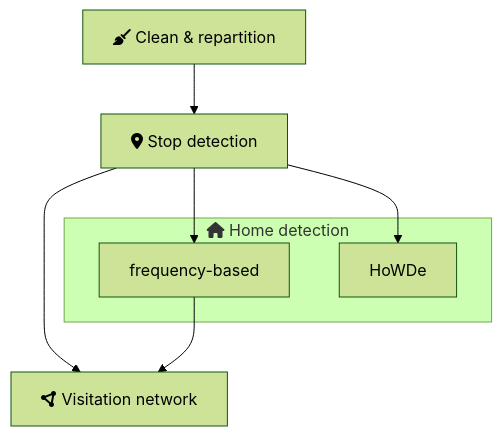
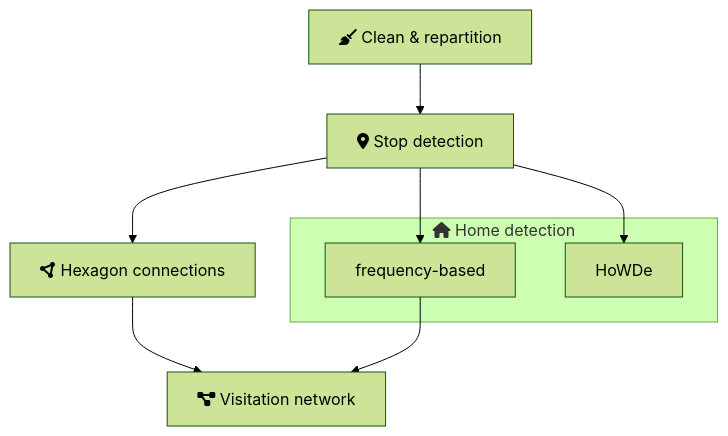
One commit to ANETILab/wp7_data_processing changed the diagram in README.md. Above: the diagram before and after it, drawn with Mermaid (forest theme).

Commit message:
Extend mermaid flowchart with connections GH-11 GH-16

````diff
--- a/README.md
+++ b/README.md
@@ -85,19 +85,22 @@
 ```mermaid
 flowchart TD
 
     clean[fa:fa-broom Clean & repartition]
     sd[fa:fa-location-dot Stop detection]
     hd[frequency-based]
-    vn[fa:fa-circle-nodes Visitation network]
+    vn[fa:fa-diagram-project Visitation network]
+    connections[fa:fa-circle-nodes Hexagon connections]
+
     subgraph fa:fa-home Home detection
         HoWDe[HoWDe]
         hd
     end
 
     sd --> HoWDe[HoWDe]
 
     clean --> sd
     sd --> hd
-    sd --> vn
+    sd --> connections
+    connections --> vn
     hd --> vn
 ```
````
